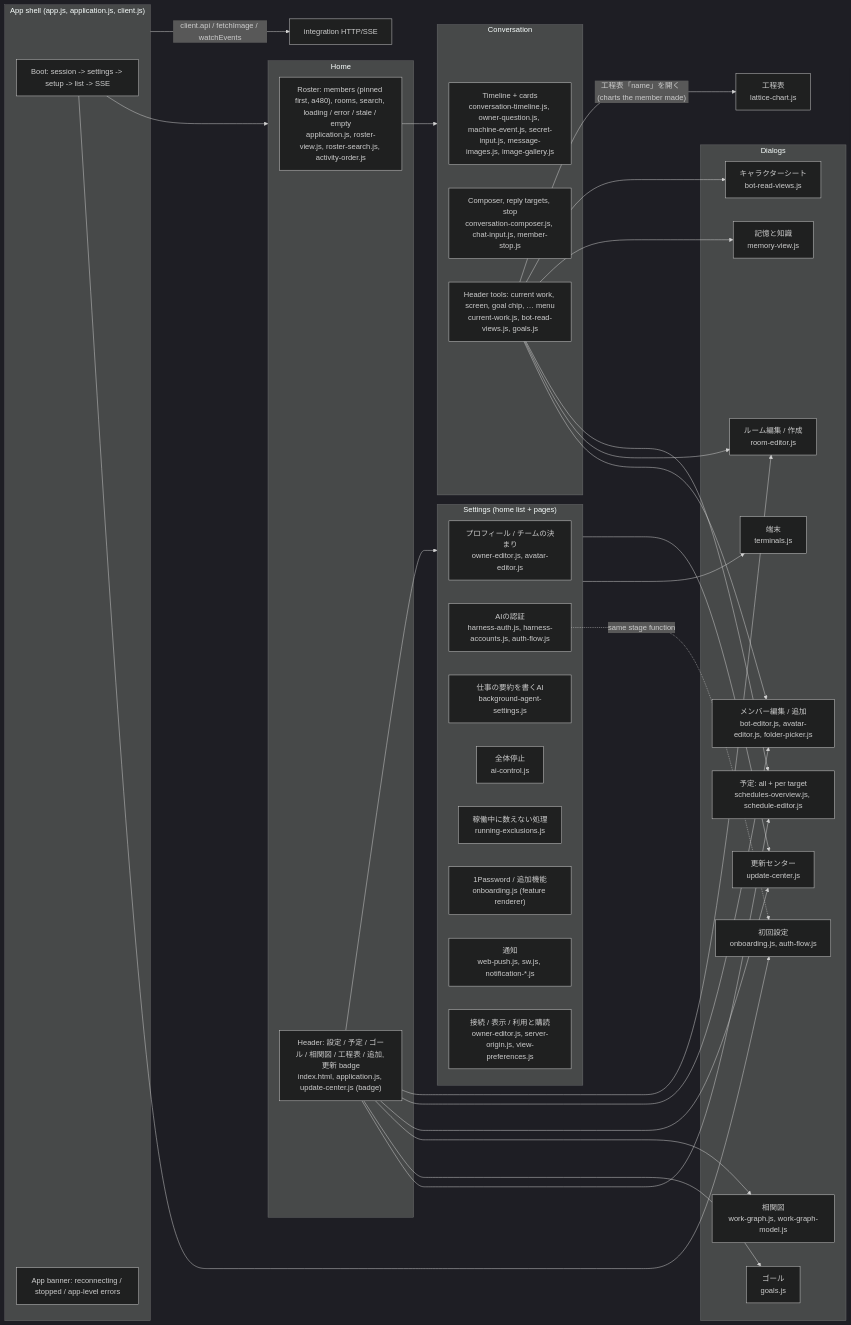
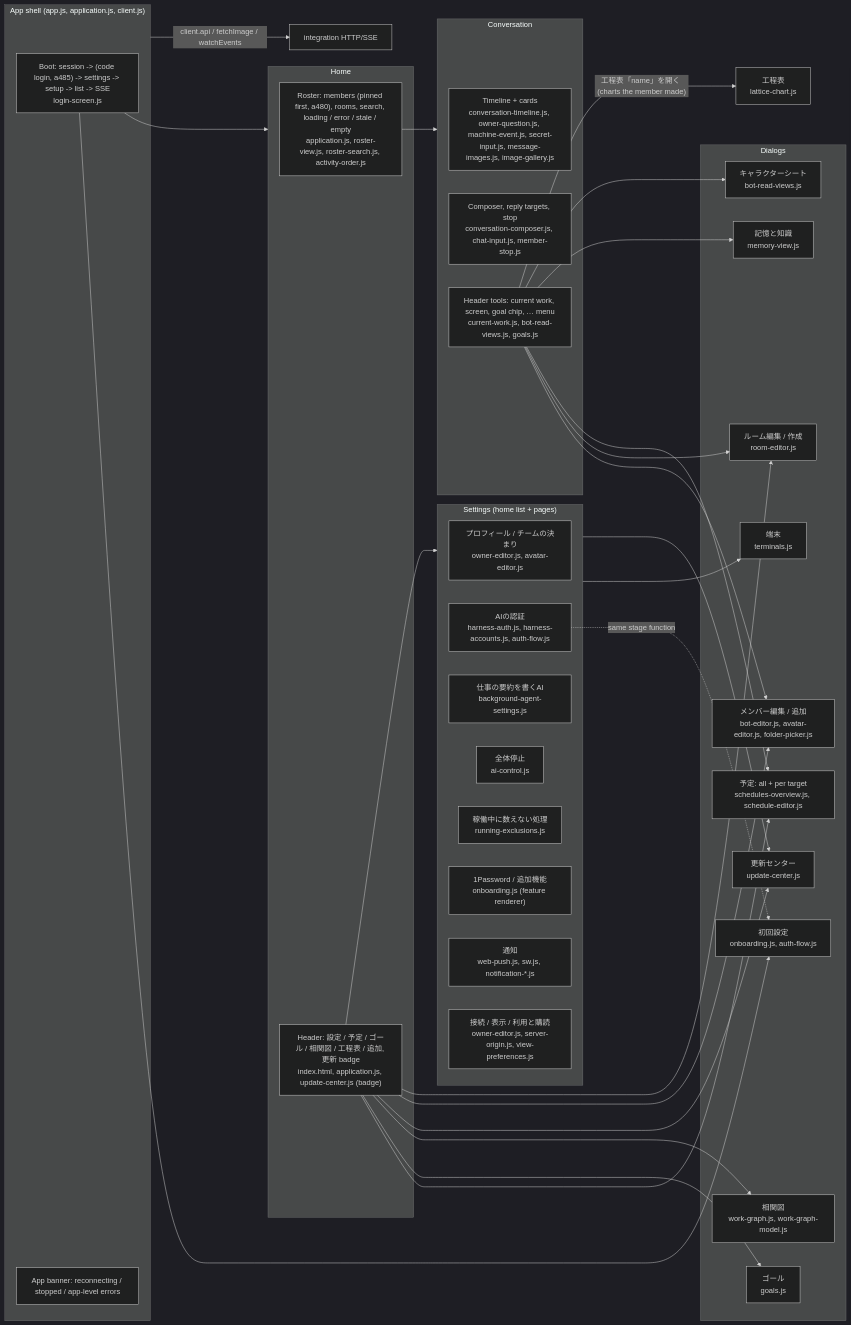
Before and after one commit to kitepon/BellTeam: the diagram in docs/architecture/modules/web/user-functions.md, drawn with Mermaid (dark theme). The commit also changed other lines of this file and 8 other files, not shown here.

Commit message:
a485-lb-web: code login screen for a server with its own sessions; the Web names no purchase path

````diff
--- a/docs/architecture/modules/web/user-functions.md
+++ b/docs/architecture/modules/web/user-functions.md
@@ -5,58 +5,58 @@
 ```mermaid
 flowchart LR
   subgraph Shell["App shell (app.js, application.js, client.js)"]
-    Boot["Boot: session -> settings -> setup -> list -> SSE"]
+    Boot["Boot: session -> (code login, a485) -> settings -> setup -> list -> SSE<br/>login-screen.js"]
     Banner["App banner: reconnecting / stopped / app-level errors"]
   end
   subgraph Home["Home"]
     Roster["Roster: members (pinned first, a480), rooms, search, loading / error / stale / empty<br/>application.js, roster-view.js, roster-search.js, activity-order.js"]
     Header["Header: 設定 / 予定 / ゴール / 相関図 / 工程表 / 追加, 更新 badge<br/>index.html, application.js, update-center.js (badge)"]
   end
   subgraph Chat["Conversation"]
     Timeline["Timeline + cards<br/>conversation-timeline.js, owner-question.js, machine-event.js, secret-input.js, message-images.js, image-gallery.js"]
     Composer["Composer, reply targets, stop<br/>conversation-composer.js, chat-input.js, member-stop.js"]
     ChatTools["Header tools: current work, screen, goal chip, … menu<br/>current-work.js, bot-read-views.js, goals.js"]
   end
   subgraph Settings["Settings (home list + pages)"]
     SProfile["プロフィール / チームの決まり<br/>owner-editor.js, avatar-editor.js"]
     SAI["AIの認証<br/>harness-auth.js, harness-accounts.js, auth-flow.js"]
     SSum["仕事の要約を書くAI<br/>background-agent-settings.js"]
     SStop["全体停止<br/>ai-control.js"]
     SExcl["稼働中に数えない処理<br/>running-exclusions.js"]
     SFeat["1Password / 追加機能<br/>onboarding.js (feature renderer)"]
     SNotif["通知<br/>web-push.js, sw.js, notification-*.js"]
     SConn["接続 / 表示 / 利用と購読<br/>owner-editor.js, server-origin.js, view-preferences.js"]
   end
   subgraph Dialogs["Dialogs"]
     Upd["更新センター<br/>update-center.js"]
     Sched["予定: all + per target<br/>schedules-overview.js, schedule-editor.js"]
     Goals["ゴール<br/>goals.js"]
     Graph["相関図<br/>work-graph.js, work-graph-model.js"]
     Member["メンバー編集 / 追加<br/>bot-editor.js, avatar-editor.js, folder-picker.js"]
     Room["ルーム編集 / 作成<br/>room-editor.js"]
     Memory["記憶と知識<br/>memory-view.js"]
     Sheet["キャラクターシート<br/>bot-read-views.js"]
     Term["端末<br/>terminals.js"]
     Onb["初回設定<br/>onboarding.js, auth-flow.js"]
   end
   Boot --> Home
   Boot --> Onb
   Header --> Settings
   Header --> Sched
   Header --> Goals
   Header --> Graph
   Header --> Upd
   Header --> Member
   Header --> Room
   Roster --> Chat
   ChatTools --> Member
   ChatTools --> Room
   ChatTools --> Sched
   ChatTools --> Memory
   ChatTools --> Sheet
   ChatTools -->|"工程表「name」を開く (charts the member made)"| Lattice["工程表<br/>lattice-chart.js"]
   SAI -.same stage function.-> Onb
   Settings --> Term
   Settings --> Upd
   Shell -->|"client.api / fetchImage / watchEvents"| HTTP["integration HTTP/SSE"]
 ```
````
